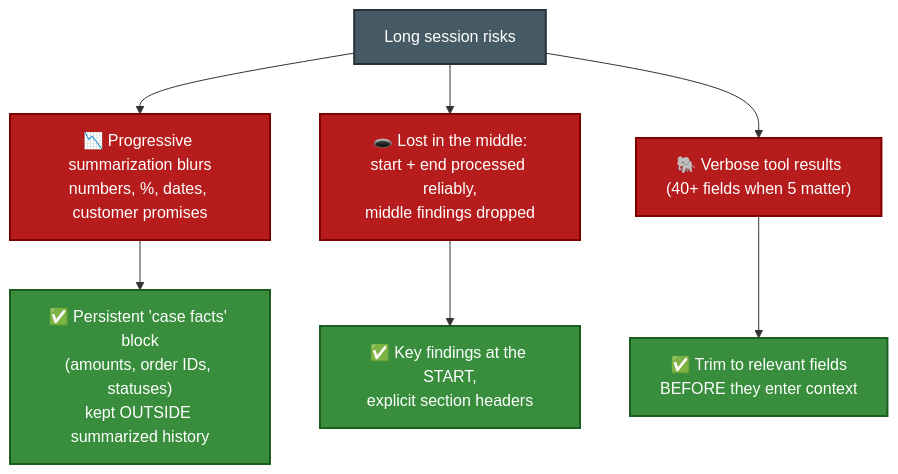
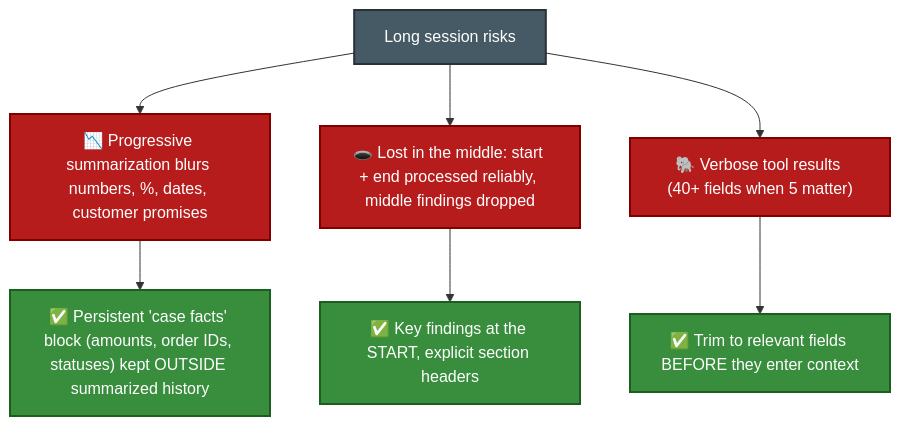
Before and after one commit to parmar-m/claude-architect-certification-prep: the first of 5 diagrams in CCA-F/domains/d5-context-reliability.md, drawn with Mermaid. The commit also changed other lines of this file and 25 other files, not shown here.

````diff
--- a/CCA-F/domains/d5-context-reliability.md
+++ b/CCA-F/domains/d5-context-reliability.md
@@ -24,15 +24,15 @@
 ```mermaid
 flowchart TD
-    PROB["Long session risks"] --> R1["📉 Progressive summarization blurs<br/>numbers, %, dates, customer promises"]
-    PROB --> R2["🕳️ Lost in the middle:<br/>start + end processed reliably,<br/>middle findings dropped"]
-    PROB --> R3["🐘 Verbose tool results<br/>(40+ fields when 5 matter)"]
-    R1 --> F1["✅ Persistent 'case facts' block<br/>(amounts, order IDs, statuses)<br/>kept OUTSIDE summarized history"]
-    R2 --> F2["✅ Key findings at the START,<br/>explicit section headers"]
-    R3 --> F3["✅ Trim to relevant fields<br/>BEFORE they enter context"]
+    PROB["Long session risks"] --> R1["📉 Progressive summarization blurs numbers, %, dates, customer promises"]
+    PROB --> R2["🕳️ Lost in the middle: start + end processed reliably, middle findings dropped"]
+    PROB --> R3["🐘 Verbose tool results (40+ fields when 5 matter)"]
+    R1 --> F1["✅ Persistent 'case facts' block (amounts, order IDs, statuses) kept OUTSIDE summarized history"]
+    R2 --> F2["✅ Key findings at the START, explicit section headers"]
+    R3 --> F3["✅ Trim to relevant fields BEFORE they enter context"]
     classDef risk fill:#B71C1C,color:#fff,stroke:#7F0000,stroke-width:2px
     classDef fix fill:#388E3C,color:#fff,stroke:#1B5E20,stroke-width:2px
     classDef n fill:#455A64,color:#fff,stroke:#263238,stroke-width:2px
     class R1,R2,R3 risk
     class F1,F2,F3 fix
     class PROB n
 ```
````
